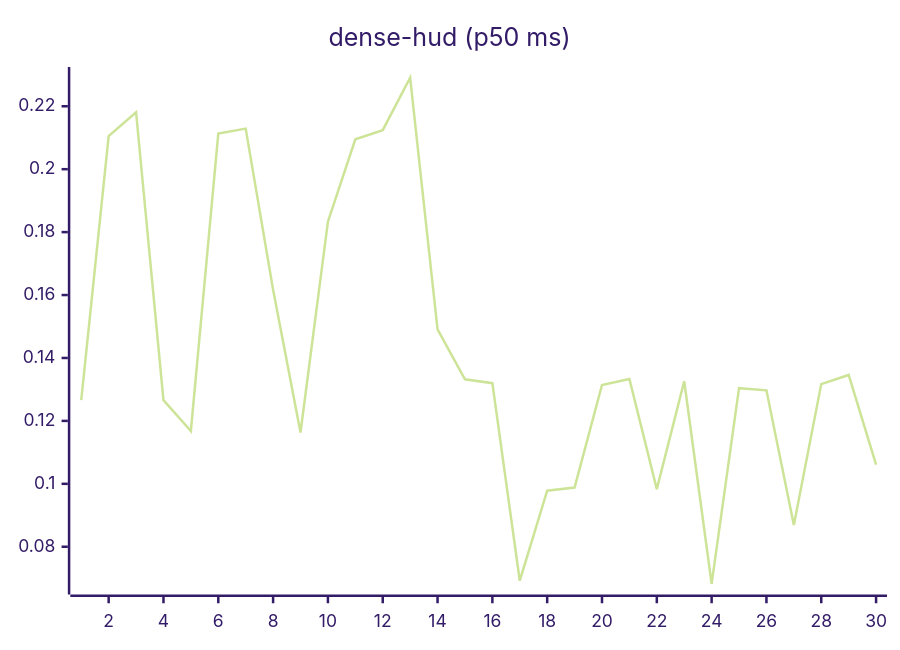
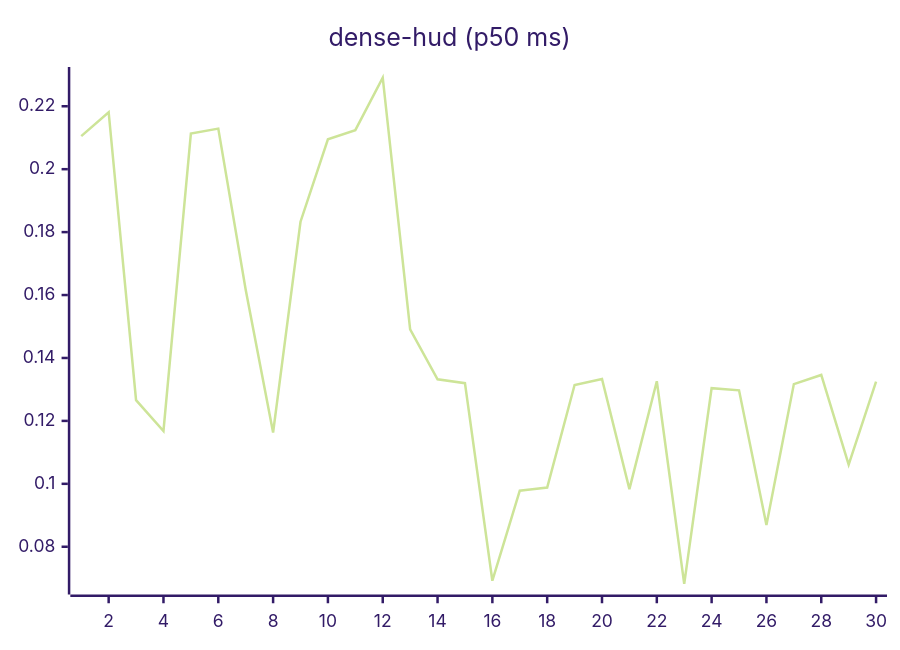
The eighth of 27 diagrams in README.md (josha/Facet), drawn with Mermaid (forest theme) before and after one commit. The commit also changed other lines of this file and 2 other files, not shown here.

````diff
--- a/README.md
+++ b/README.md
@@ -112,6 +112,6 @@
 ```mermaid
 xychart-beta
     title "dense-hud (p50 ms)"
     x-axis 1 --> 30
-    line [0.1266, 0.2105, 0.2181, 0.1266, 0.1168, 0.2113, 0.2129, 0.1617, 0.1163, 0.1833, 0.2095, 0.2124, 0.2291, 0.1491, 0.1332, 0.1320, 0.0692, 0.0978, 0.0988, 0.1314, 0.1333, 0.0983, 0.1326, 0.0682, 0.1304, 0.1297, 0.0869, 0.1317, 0.1346, 0.1061]
+    line [0.2105, 0.2181, 0.1266, 0.1168, 0.2113, 0.2129, 0.1617, 0.1163, 0.1833, 0.2095, 0.2124, 0.2291, 0.1491, 0.1332, 0.1320, 0.0692, 0.0978, 0.0988, 0.1314, 0.1333, 0.0983, 0.1326, 0.0682, 0.1304, 0.1297, 0.0869, 0.1317, 0.1346, 0.1061, 0.1325]
 ```
````
